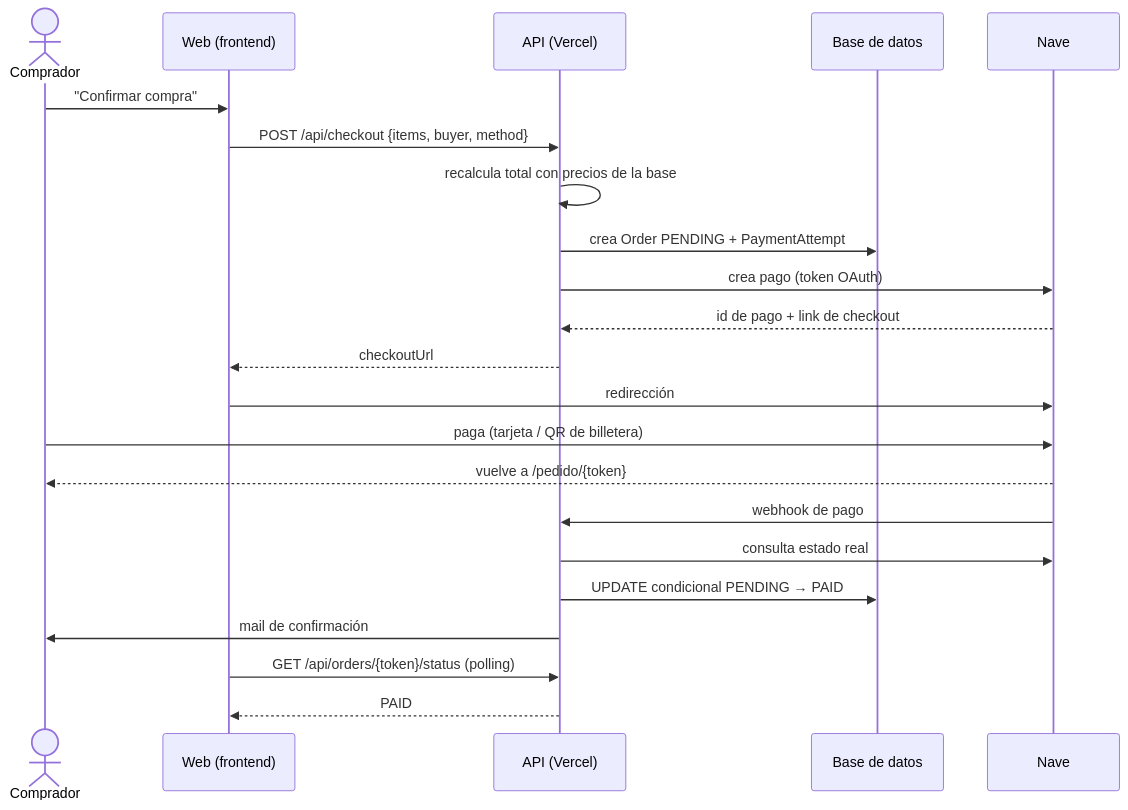
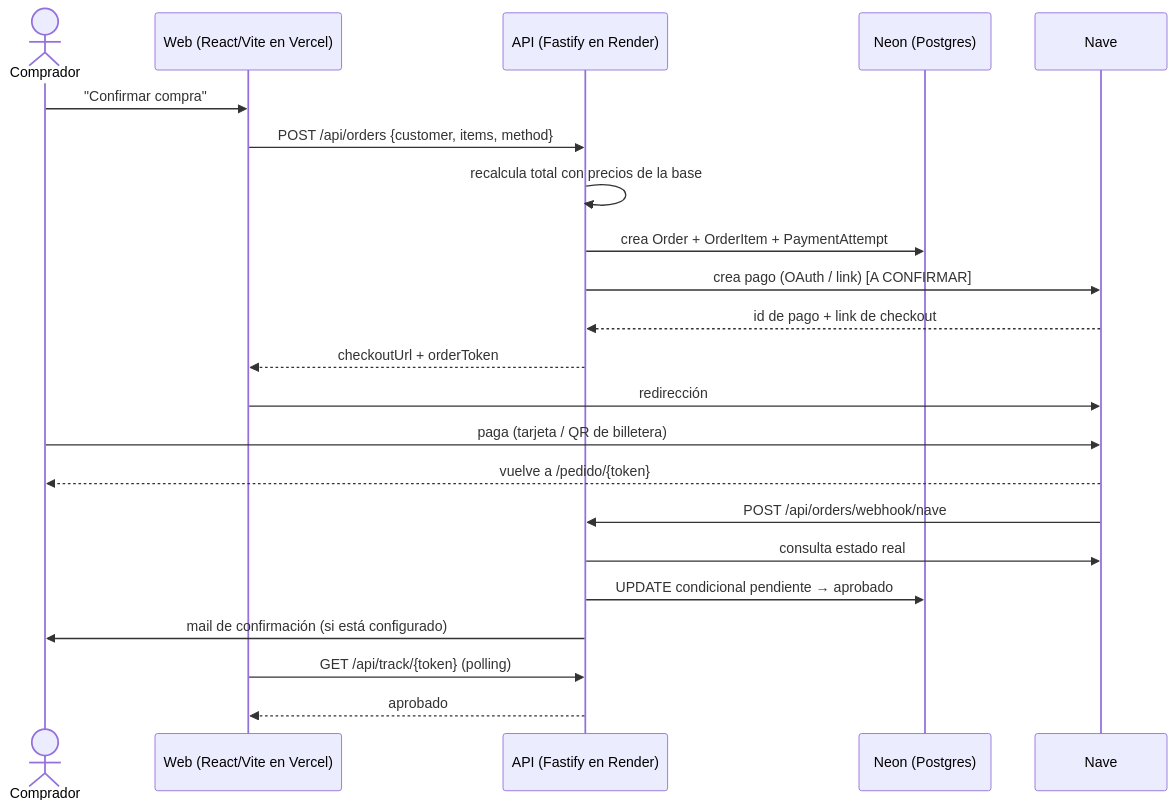
One commit to dontbodyknowme-ai/2920viedma changed the diagram in specs/012-pagos/plan.md. Above: the diagram before and after it, drawn with Mermaid. The commit also changed other lines of this file and 3 other files, not shown here.

First line of the commit message:
docs(specs): corregir el stack del plan 012 al real (Vite + Fastify + Prisma)

````diff
--- a/specs/012-pagos/plan.md
+++ b/specs/012-pagos/plan.md
@@ -43,25 +51,25 @@
 ```mermaid
 sequenceDiagram
     actor C as Comprador
-    participant W as Web (frontend)
-    participant A as API (Vercel)
-    participant D as Base de datos
+    participant W as Web (React/Vite en Vercel)
+    participant A as API (Fastify en Render)
+    participant D as Neon (Postgres)
     participant N as Nave
 
     C->>W: "Confirmar compra"
-    W->>A: POST /api/checkout {items, buyer, method}
+    W->>A: POST /api/orders {customer, items, method}
     A->>A: recalcula total con precios de la base
-    A->>D: crea Order PENDING + PaymentAttempt
-    A->>N: crea pago (token OAuth)
+    A->>D: crea Order + OrderItem + PaymentAttempt
+    A->>N: crea pago (OAuth / link) [A CONFIRMAR]
     N-->>A: id de pago + link de checkout
-    A-->>W: checkoutUrl
+    A-->>W: checkoutUrl + orderToken
     W->>N: redirección
     C->>N: paga (tarjeta / QR de billetera)
     N-->>C: vuelve a /pedido/{token}
-    N->>A: webhook de pago
+    N->>A: POST /api/orders/webhook/nave
     A->>N: consulta estado real
-    A->>D: UPDATE condicional PENDING → PAID
-    A->>C: mail de confirmación
-    W->>A: GET /api/orders/{token}/status (polling)
-    A-->>W: PAID
+    A->>D: UPDATE condicional pendiente → aprobado
+    A->>C: mail de confirmación (si está configurado)
+    W->>A: GET /api/track/{token} (polling)
+    A-->>W: aprobado
 ```
````
